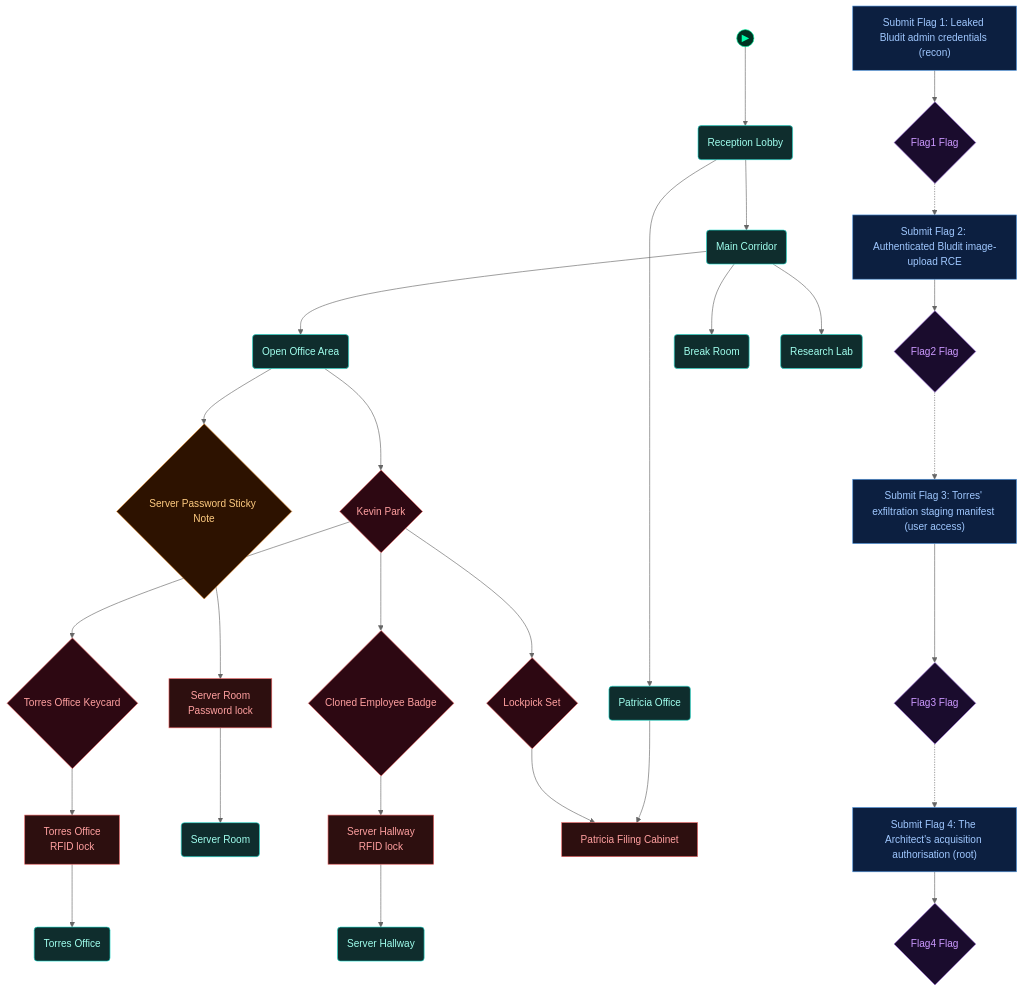
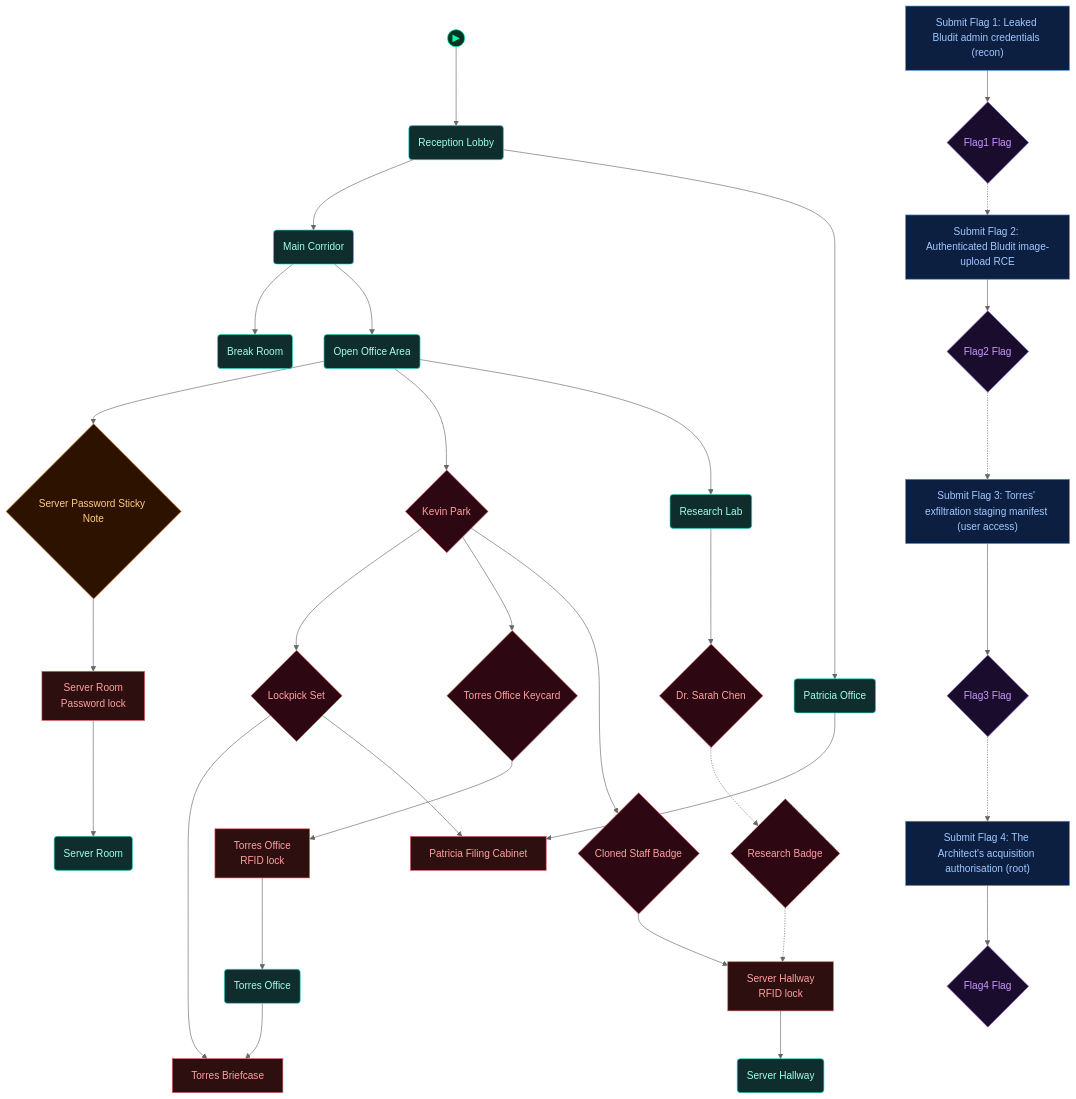
Before and after one commit to cliffe/BreakEscape: the first of 5 diagrams in scenarios/m05_insider_trading/dungeon_graph.md, drawn with Mermaid (neutral theme). The commit also changed other lines of this file and 24 other files, not shown here.

````diff
--- a/scenarios/m05_insider_trading/dungeon_graph.md
+++ b/scenarios/m05_insider_trading/dungeon_graph.md
@@ -79,9 +79,13 @@
   server_password_sticky_note{"Server Password Sticky Note"}
   npc_kevin_park{"Kevin Park"}
   lockpick_set{"Lockpick Set"}
+  lock_torres_briefcase["Torres Briefcase"]
   lock_patricia_filing_cabinet["Patricia Filing Cabinet"]
   torres_office_keycard{"Torres Office Keycard"}
-  cloned_employee_badge{"Cloned Employee Badge"}
+  cloned_staff_badge{"Cloned Staff Badge"}
+  npc_dr_sarah_chen{"Dr. Sarah Chen"}
+  research_lab("Research Lab")
+  research_badge{"Research Badge"}
   vmch_submit_flag1["Submit Flag 1: Leaked Bludit admin credentials (recon)"]
   vmfl_submit_flag1{"Flag1 Flag"}
   vmch_submit_flag2["Submit Flag 2: Authenticated Bludit image-upload RCE"]
@@ -94,7 +98,6 @@
   main_corridor("Main Corridor")
   patricia_office("Patricia Office")
   break_room("Break Room")
-  research_lab("Research Lab")
 
   door_server_hallway --> server_hallway
   door_server_room --> server_room
@@ -103,11 +106,16 @@
   server_password_sticky_note --> door_server_room
   open_office_area --> npc_kevin_park
   npc_kevin_park --> lockpick_set
+  lockpick_set --> lock_torres_briefcase
   lockpick_set --> lock_patricia_filing_cabinet
   npc_kevin_park --> torres_office_keycard
   torres_office_keycard --> door_torres_office
-  npc_kevin_park --> cloned_employee_badge
-  cloned_employee_badge --> door_server_hallway
+  npc_kevin_park --> cloned_staff_badge
+  cloned_staff_badge --> door_server_hallway
+  torres_office --> lock_torres_briefcase
+  research_lab --> npc_dr_sarah_chen
+  npc_dr_sarah_chen -.-> research_badge
+  research_badge -.-> door_server_hallway
   patricia_office --> lock_patricia_filing_cabinet
   vmch_submit_flag1 --> vmfl_submit_flag1
   vmch_submit_flag2 --> vmfl_submit_flag2
@@ -120,13 +128,16 @@
   reception_lobby --> patricia_office
   main_corridor --> break_room
   main_corridor --> open_office_area
-  main_corridor --> research_lab
+  open_office_area --> research_lab
 
-  class door_server_hallway,door_server_room,door_torres_office,lock_patricia_filing_cabinet lock
-  class server_hallway,server_room,torres_office,open_office_area,reception_lobby,main_corridor,patricia_office,break_room,research_lab room
+  class door_server_hallway,door_server_room,door_torres_office,lock_torres_briefcase,lock_patricia_filing_cabinet lock
+  class server_hallway,server_room,torres_office,open_office_area,research_lab,reception_lobby,main_corridor,patricia_office,break_room room
   class server_password_sticky_note item
-  class npc_kevin_park,lockpick_set,torres_office_keycard,cloned_employee_badge key
+  class npc_kevin_park,lockpick_set,torres_office_keycard,cloned_staff_badge,npc_dr_sarah_chen,research_badge key
   class vmch_submit_flag1,vmch_submit_flag2,vmch_submit_flag3,vmch_submit_flag4 vm
   class vmfl_submit_flag1,vmfl_submit_flag2,vmfl_submit_flag3,vmfl_submit_flag4 flag
+
+  classDef optional stroke-dasharray:5 2
+  class research_badge optional
   class node_start start
 ```
````
